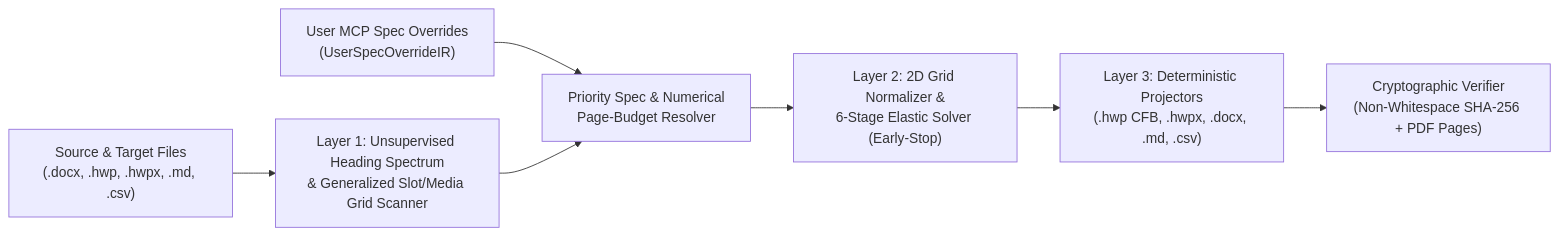
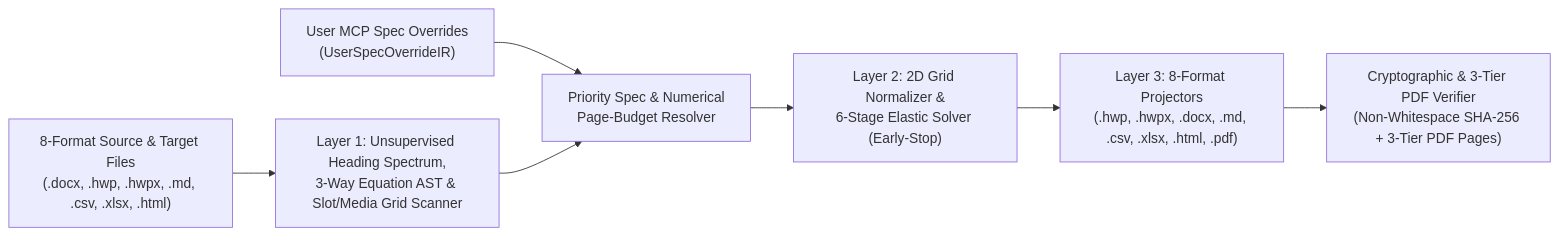
One commit to Team-Sequence-Thaumaturge/-document-IR changed the diagram in README.md. Above: the diagram before and after it, drawn with Mermaid. The commit also changed other lines of this file and 9 other files, not shown here.

Commit message:
Release T-DIR v4.0.0: 8-Format Codec Hub, 3-Way Equation AST, Standalone HWPX Synthesis, 3-Tier PDF Verifier, Security Hardening [SEC-01..06], and 13-Cohort Regression Matrix

````diff
--- a/README.md
+++ b/README.md
@@ -31,9 +29,9 @@
 ```mermaid
 flowchart LR
-    A["Source & Target Files<br/>(.docx, .hwp, .hwpx, .md, .csv)"] --> B["Layer 1: Unsupervised Heading Spectrum<br/>& Generalized Slot/Media Grid Scanner"]
+    A["8-Format Source & Target Files<br/>(.docx, .hwp, .hwpx, .md, .csv, .xlsx, .html)"] --> B["Layer 1: Unsupervised Heading Spectrum,<br/>3-Way Equation AST & Slot/Media Grid Scanner"]
     U["User MCP Spec Overrides<br/>(UserSpecOverrideIR)"] --> C["Priority Spec & Numerical<br/>Page-Budget Resolver"]
     B --> C
     C --> D["Layer 2: 2D Grid Normalizer &<br/>6-Stage Elastic Solver (Early-Stop)"]
-    D --> E["Layer 3: Deterministic Projectors<br/>(.hwp CFB, .hwpx, .docx, .md, .csv)"]
-    E --> F["Cryptographic Verifier<br/>(Non-Whitespace SHA-256 + PDF Pages)"]
+    D --> E["Layer 3: 8-Format Projectors<br/>(.hwp, .hwpx, .docx, .md, .csv, .xlsx, .html, .pdf)"]
+    E --> F["Cryptographic & 3-Tier PDF Verifier<br/>(Non-Whitespace SHA-256 + 3-Tier PDF Pages)"]
 ```
````
